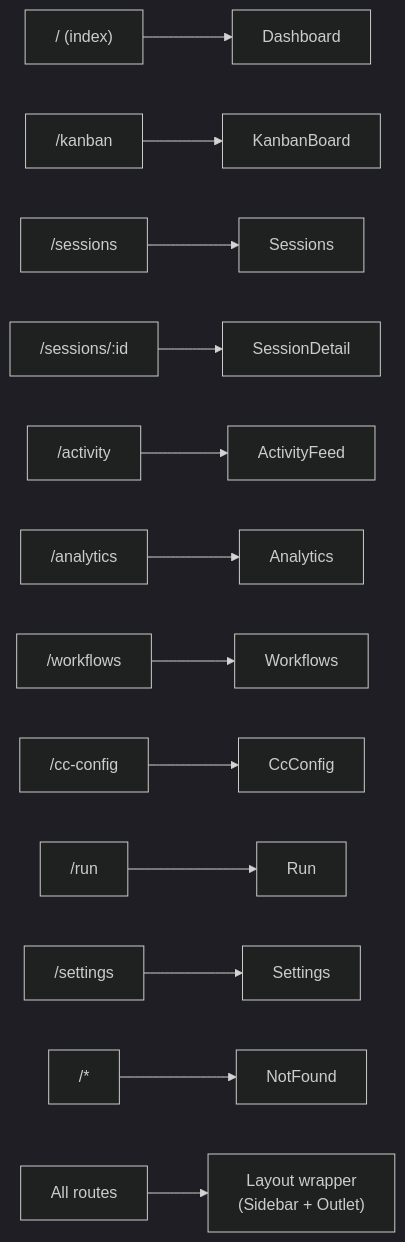
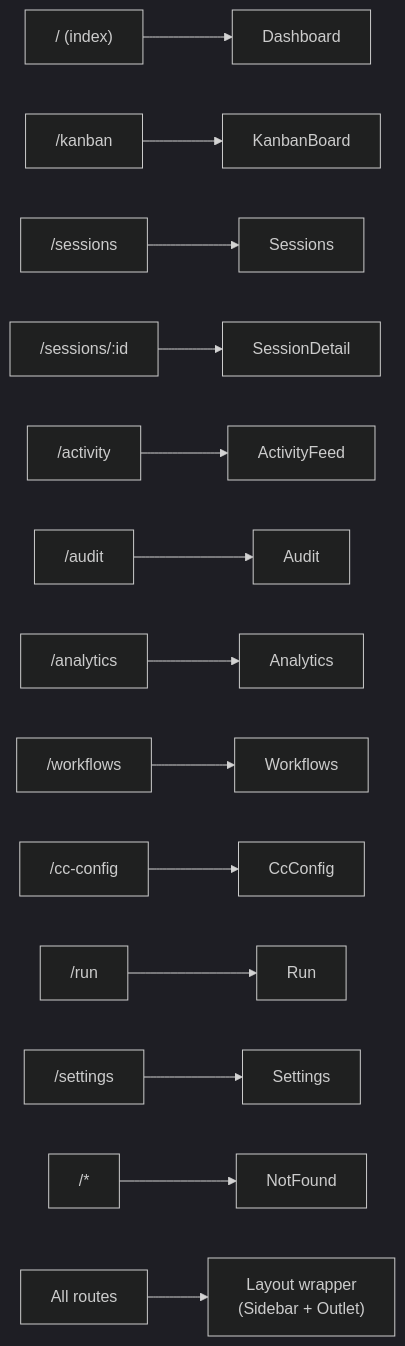
Before and after one commit to hoangsonww/Claude-Code-Agent-Monitor: the ninth of 45 diagrams in ARCHITECTURE.md, drawn with Mermaid (dark theme). The commit also changed other lines of this file and 16 other files, not shown here.

````diff
--- a/ARCHITECTURE.md
+++ b/ARCHITECTURE.md
@@ -771,16 +777,17 @@
 ```mermaid
 graph LR
     ROOT["/ (index)"] --> DASH[Dashboard]
     KANBAN_R["/kanban"] --> KANBAN[KanbanBoard]
     SESS_R["/sessions"] --> SESS[Sessions]
     DETAIL_R["/sessions/:id"] --> DETAIL[SessionDetail]
     ACT_R["/activity"] --> ACT[ActivityFeed]
+    AU_R["/audit"] --> AUP[Audit]
     AN_R["/analytics"] --> AN[Analytics]
     WF_R["/workflows"] --> WF[Workflows]
     CC_R["/cc-config"] --> CC[CcConfig]
     RUN_R["/run"] --> RUN[Run]
     SET_R["/settings"] --> SET[Settings]
     NF_R["/*"] --> NF[NotFound]
 
     ALL["All routes"] --> LAYOUT["Layout wrapper<br/>(Sidebar + Outlet)"]
 ```
````
